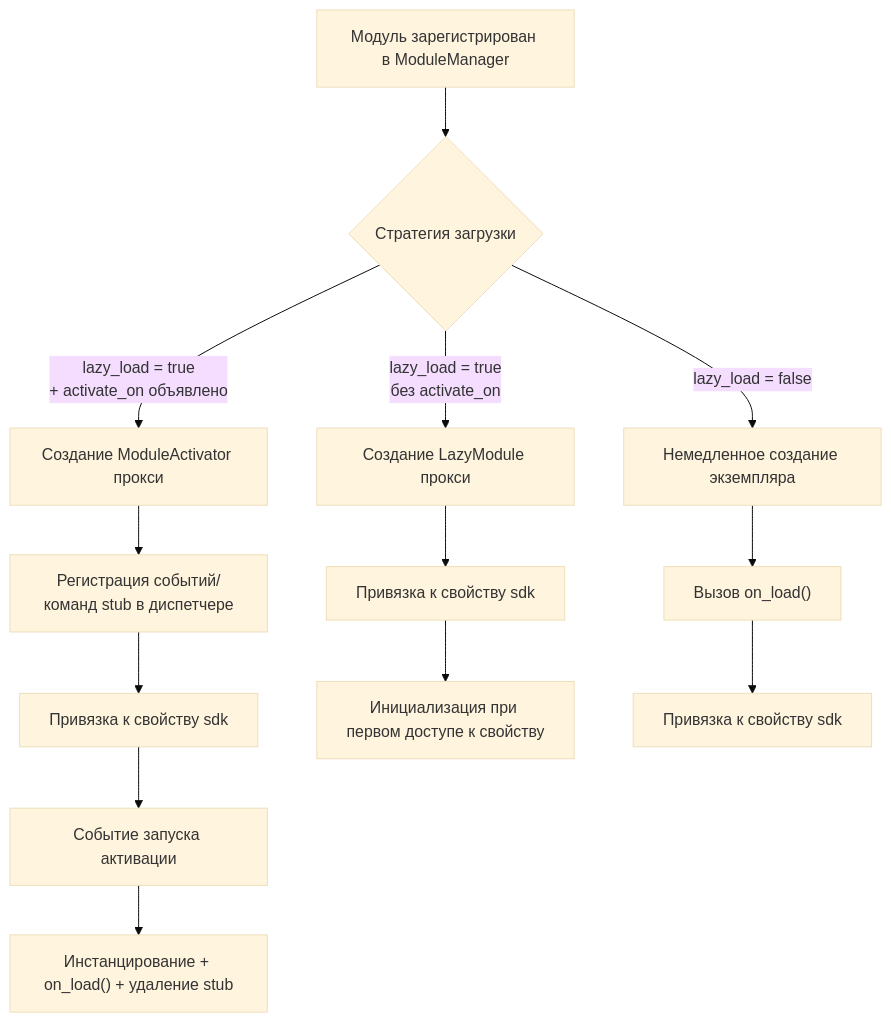
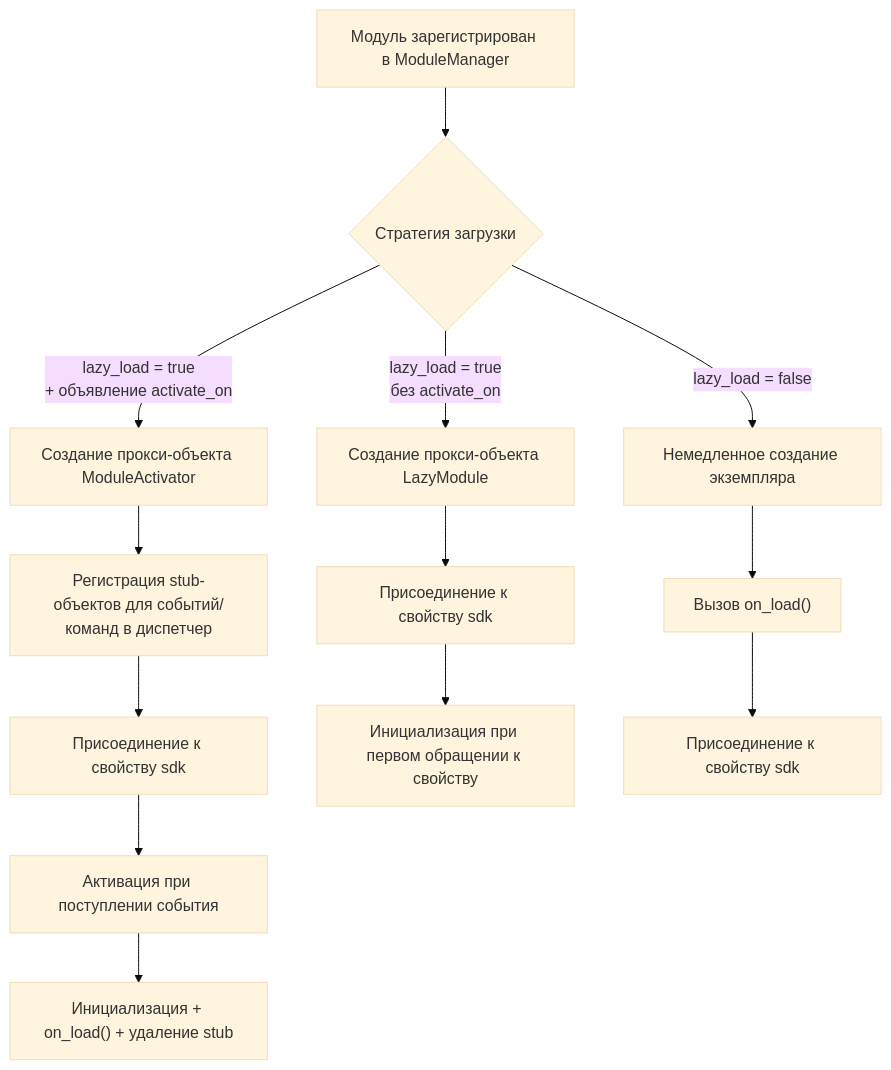
Before and after one commit to ErisPulse/ErisPulse: the sixth of 9 diagrams in docs/ru/architecture.md, drawn with Mermaid (base theme). The commit also changed other lines of this file and 79 other files, not shown here.

````diff
--- a/docs/ru/architecture.md
+++ b/docs/ru/architecture.md
@@ -196,15 +196,15 @@
 ```mermaid
 flowchart TD
     A["Модуль зарегистрирован в ModuleManager"] --> B{"Стратегия загрузки"}
-    B -->|"lazy_load = true<br/>+ activate_on объявлено"| C["Создание ModuleActivator прокси"]
-    B -->|"lazy_load = true<br/>без activate_on"| D["Создание LazyModule прокси"]
+    B -->|"lazy_load = true<br/>+ объявление activate_on"| C["Создание прокси-объекта ModuleActivator"]
+    B -->|"lazy_load = true<br/>без activate_on"| D["Создание прокси-объекта LazyModule"]
     B -->|"lazy_load = false"| E["Немедленное создание экземпляра"]
-    C --> F["Регистрация событий/команд stub в диспетчере"]
-    F --> G["Привязка к свойству sdk"]
-    G --> H["Событие запуска активации"]
-    H --> I["Инстанцирование + on_load() + удаление stub"]
-    D --> J["Привязка к свойству sdk"]
-    J --> K["Инициализация при первом доступе к свойству"]
+    C --> F["Регистрация stub-объектов для событий/команд в диспетчер"]
+    F --> G["Присоединение к свойству sdk"]
+    G --> H["Активация при поступлении события"]
+    H --> I["Инициализация + on_load() + удаление stub"]
+    D --> J["Присоединение к свойству sdk"]
+    J --> K["Инициализация при первом обращении к свойству"]
     E --> L["Вызов on_load()"]
-    L --> M["Привязка к свойству sdk"]
+    L --> M["Присоединение к свойству sdk"]
 ```
````
